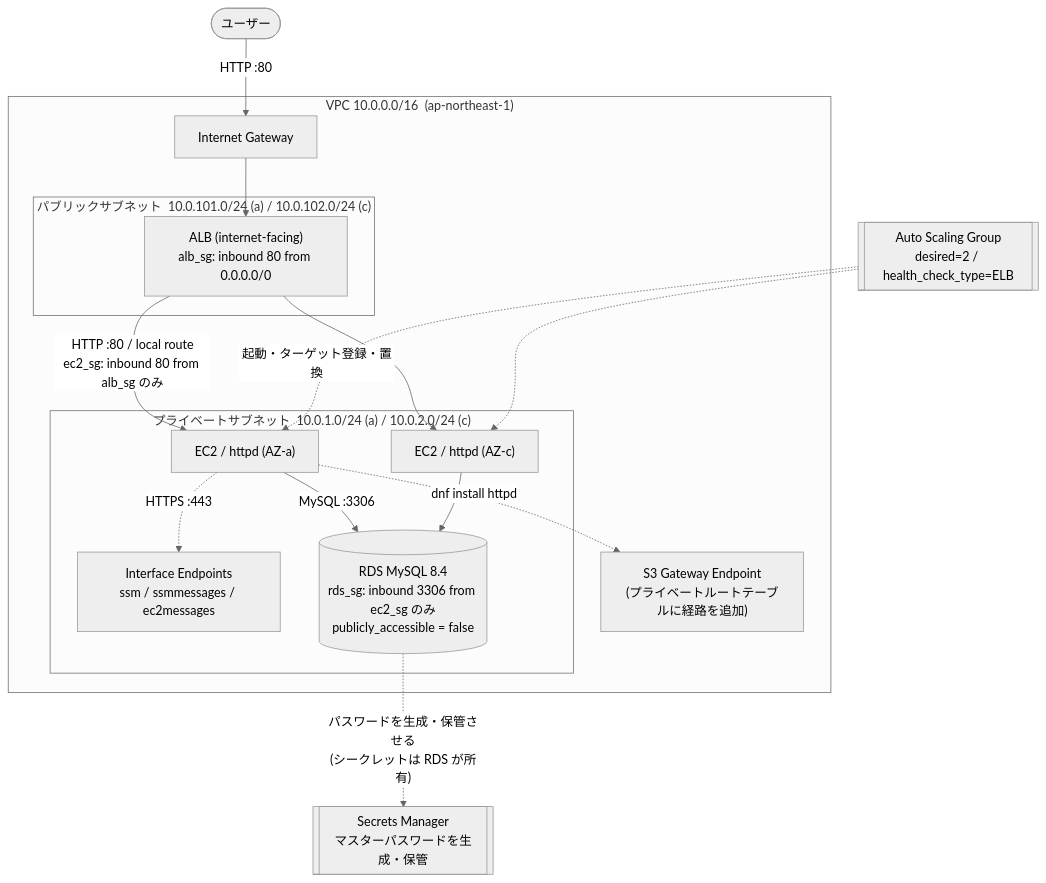
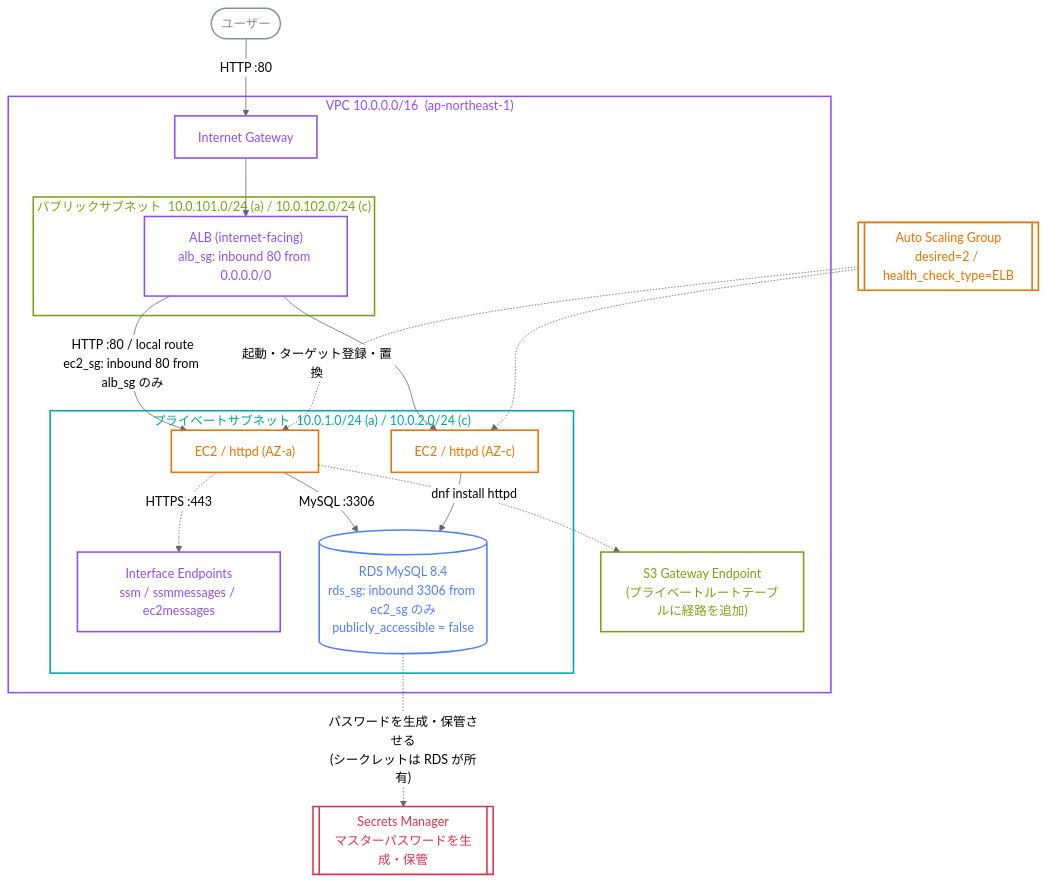
Before and after one commit to youzuogoukou-cloud/aws-3tier-web-terraform: the diagram in README.md, drawn with Mermaid (neutral theme).

Commit message:
Apply AWS architecture color palette to the Mermaid diagram

````diff
--- a/README.md
+++ b/README.md
@@ -13,35 +13,53 @@
 ```mermaid
 flowchart TB
     User([ユーザー])
 
     subgraph VPC["VPC 10.0.0.0/16 &nbsp;(ap-northeast-1)"]
         IGW[Internet Gateway]
 
         subgraph Public["パブリックサブネット &nbsp;10.0.101.0/24 (a) / 10.0.102.0/24 (c)"]
             ALB["ALB (internet-facing)<br/>alb_sg: inbound 80 from 0.0.0.0/0"]
         end
 
         subgraph Private["プライベートサブネット &nbsp;10.0.1.0/24 (a) / 10.0.2.0/24 (c)"]
             EC2A["EC2 / httpd&nbsp;(AZ-a)"]
             EC2C["EC2 / httpd&nbsp;(AZ-c)"]
             EPS["Interface Endpoints<br/>ssm / ssmmessages / ec2messages"]
             RDS[("RDS MySQL 8.4<br/>rds_sg: inbound 3306 from ec2_sg のみ<br/>publicly_accessible = false")]
         end
 
         S3EP["S3 Gateway Endpoint<br/>(プライベートルートテーブルに経路を追加)"]
     end
 
     ASG[["Auto Scaling Group<br/>desired=2 / health_check_type=ELB"]]
     SM[["Secrets Manager<br/>マスターパスワードを生成・保管"]]
 
     User -->|HTTP :80| IGW --> ALB
     ALB -->|"HTTP :80 / local route<br/>ec2_sg: inbound 80 from alb_sg のみ"| EC2A
     ALB --> EC2C
     ASG -.->|起動・ターゲット登録・置換| EC2A
     ASG -.-> EC2C
     EC2A -.->|HTTPS :443| EPS
     EC2A -.->|dnf install httpd| S3EP
     EC2A -->|"MySQL :3306"| RDS
     EC2C --> RDS
     RDS -.->|"パスワードを生成・保管させる<br/>(シークレットは RDS が所有)"| SM
+
+    classDef network  fill:transparent,stroke:#8C4FFF,stroke-width:2px,color:#8C4FFF
+    classDef compute  fill:transparent,stroke:#ED7100,stroke-width:2px,color:#ED7100
+    classDef database fill:transparent,stroke:#527FFF,stroke-width:2px,color:#527FFF
+    classDef storage  fill:transparent,stroke:#7AA116,stroke-width:2px,color:#7AA116
+    classDef security fill:transparent,stroke:#DD344C,stroke-width:2px,color:#DD344C
+    classDef actor    fill:transparent,stroke:#879196,stroke-width:2px,color:#879196
+
+    class IGW,ALB,EPS network
+    class EC2A,EC2C,ASG compute
+    class RDS database
+    class S3EP storage
+    class SM security
+    class User actor
+
+    style VPC     fill:transparent,stroke:#8C4FFF,stroke-width:2px,color:#8C4FFF
+    style Public  fill:transparent,stroke:#7AA116,stroke-width:2px,color:#7AA116
+    style Private fill:transparent,stroke:#00A4A6,stroke-width:2px,color:#00A4A6
 ```
````
